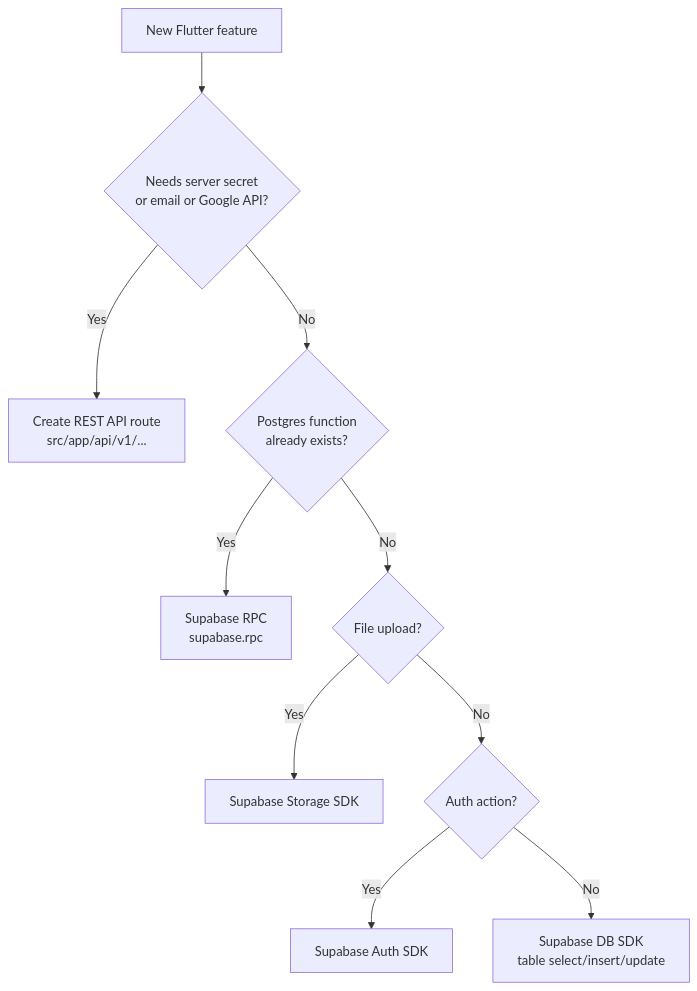
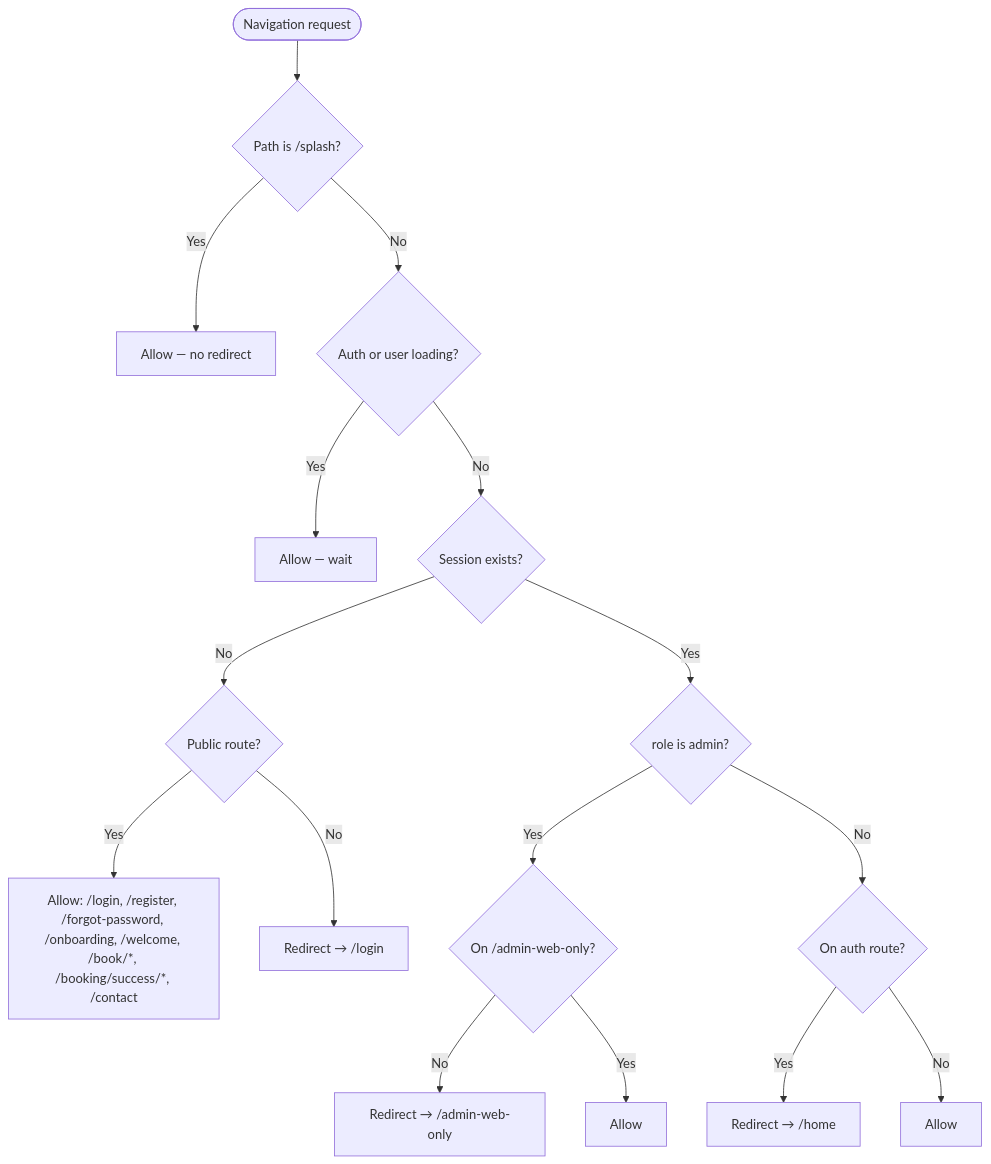
Before and after one commit to Harshgupta2902/healthcare: the third of 12 diagrams in docs/FLUTTER_AND_API_PLAN.md, drawn with Mermaid. The commit also changed other lines of this file, not shown here.

First line of the commit message:
docs: audit Flutter/API plan against current web and mobile codebase

````diff
--- a/docs/FLUTTER_AND_API_PLAN.md
+++ b/docs/FLUTTER_AND_API_PLAN.md
@@ -205,12 +885,21 @@
 ```mermaid
 flowchart TD
-    A[New Flutter feature] --> B{Needs server secret<br/>or email or Google API?}
-    B -->|Yes| C[Create REST API route<br/>src/app/api/v1/...]
-    B -->|No| D{Postgres function<br/>already exists?}
-    D -->|Yes| E[Supabase RPC<br/>supabase.rpc]
-    D -->|No| F{File upload?}
-    F -->|Yes| G[Supabase Storage SDK]
-    F -->|No| H{Auth action?}
-    H -->|Yes| I[Supabase Auth SDK]
-    H -->|No| J[Supabase DB SDK<br/>table select/insert/update]
+  NAV([Navigation request]) --> SPLASH_CHK{Path is /splash?}
+  SPLASH_CHK -->|Yes| ALLOW1[Allow — no redirect]
+  SPLASH_CHK -->|No| LOAD{Auth or user loading?}
+  LOAD -->|Yes| ALLOW2[Allow — wait]
+  LOAD -->|No| SESS{Session exists?}
+
+  SESS -->|No| PUB{Public route?}
+  PUB -->|Yes| ALLOW3["Allow: /login, /register, /forgot-password, /onboarding, /welcome, /book/*, /booking/success/*, /contact"]
+  PUB -->|No| REDIR_LOGIN["Redirect → /login"]
+
+  SESS -->|Yes| ADMIN{role is admin?}
+  ADMIN -->|Yes| ADMIN_CHK{On /admin-web-only?}
+  ADMIN_CHK -->|No| REDIR_ADMIN["Redirect → /admin-web-only"]
+  ADMIN_CHK -->|Yes| ALLOW4[Allow]
+
+  ADMIN -->|No| AUTH_ROUTE{On auth route?}
+  AUTH_ROUTE -->|Yes| REDIR_HOME["Redirect → /home"]
+  AUTH_ROUTE -->|No| ALLOW5[Allow]
 ```
````
